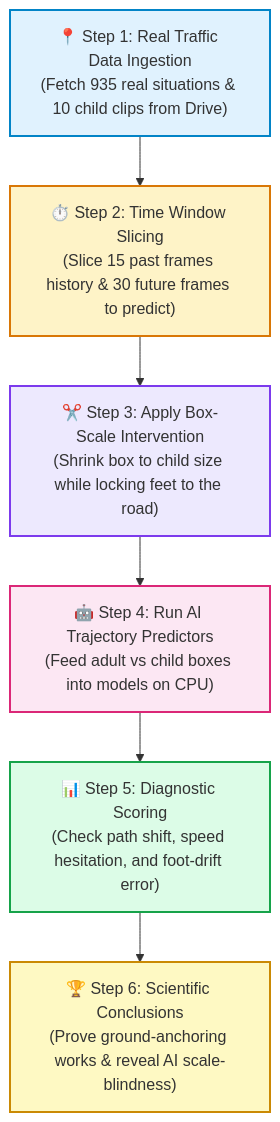
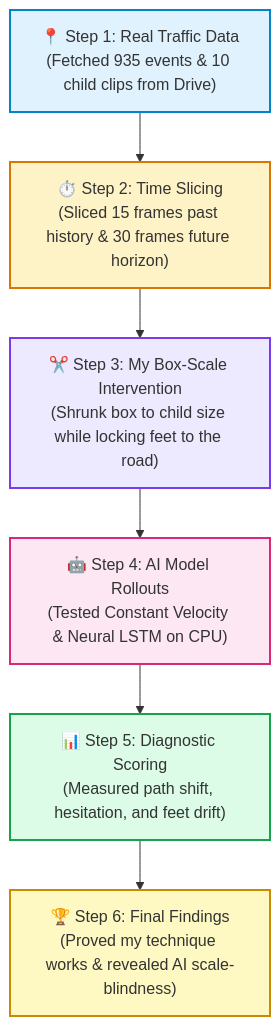
One commit to tezendrax/Discretio changed the diagram in README.md. Above: the diagram before and after it, drawn with Mermaid. The commit also changed other lines of this file, not shown here.

````diff
--- a/README.md
+++ b/README.md
@@ -95,15 +44,15 @@
 ```mermaid
 flowchart TD
-    S1["📍 Step 1: Real Traffic Data Ingestion\n(Fetch 935 real situations & 10 child clips from Drive)"] --> S2["⏱️ Step 2: Time Window Slicing\n(Slice 15 past frames history & 30 future frames to predict)"]
-    S2 --> S3["✂️ Step 3: Apply Box-Scale Intervention\n(Shrink box to child size while locking feet to the road)"]
-    S3 --> S4["🤖 Step 4: Run AI Trajectory Predictors\n(Feed adult vs child boxes into models on CPU)"]
-    S4 --> S5["📊 Step 5: Diagnostic Scoring\n(Check path shift, speed hesitation, and foot-drift error)"]
-    S5 --> S6["🏆 Step 6: Scientific Conclusions\n(Prove ground-anchoring works & reveal AI scale-blindness)"]
+    S1["📍 Step 1: Real Traffic Data\n(Fetched 935 events & 10 child clips from Drive)"] --> S2["⏱️ Step 2: Time Slicing\n(Sliced 15 frames past history & 30 frames future horizon)"]
+    S2 --> S3["✂️ Step 3: My Box-Scale Intervention\n(Shrunk box to child size while locking feet to the road)"]
+    S3 --> S4["🤖 Step 4: AI Model Rollouts\n(Tested Constant Velocity & Neural LSTM on CPU)"]
+    S4 --> S5["📊 Step 5: Diagnostic Scoring\n(Measured path shift, hesitation, and feet drift)"]
+    S5 --> S6["🏆 Step 6: Final Findings\n(Proved my technique works & revealed AI scale-blindness)"]
 
     style S1 fill:#e0f2fe,stroke:#0284c7,stroke-width:2px
     style S2 fill:#fef3c7,stroke:#d97706,stroke-width:2px
     style S3 fill:#ede9fe,stroke:#7c3aed,stroke-width:2px
     style S4 fill:#fce7f3,stroke:#db2777,stroke-width:2px
     style S5 fill:#dcfce7,stroke:#16a34a,stroke-width:2px
     style S6 fill:#fef9c3,stroke:#ca8a04,stroke-width:2px
 ```
````
